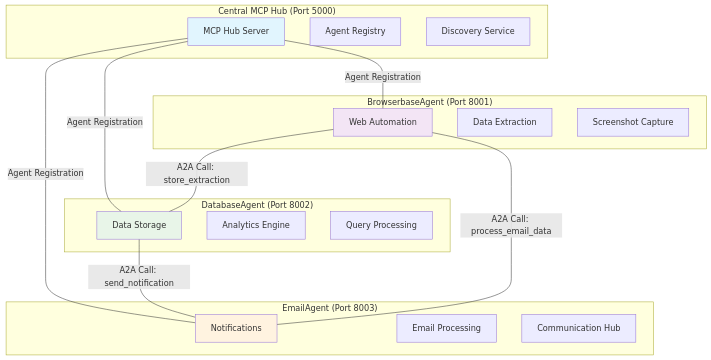
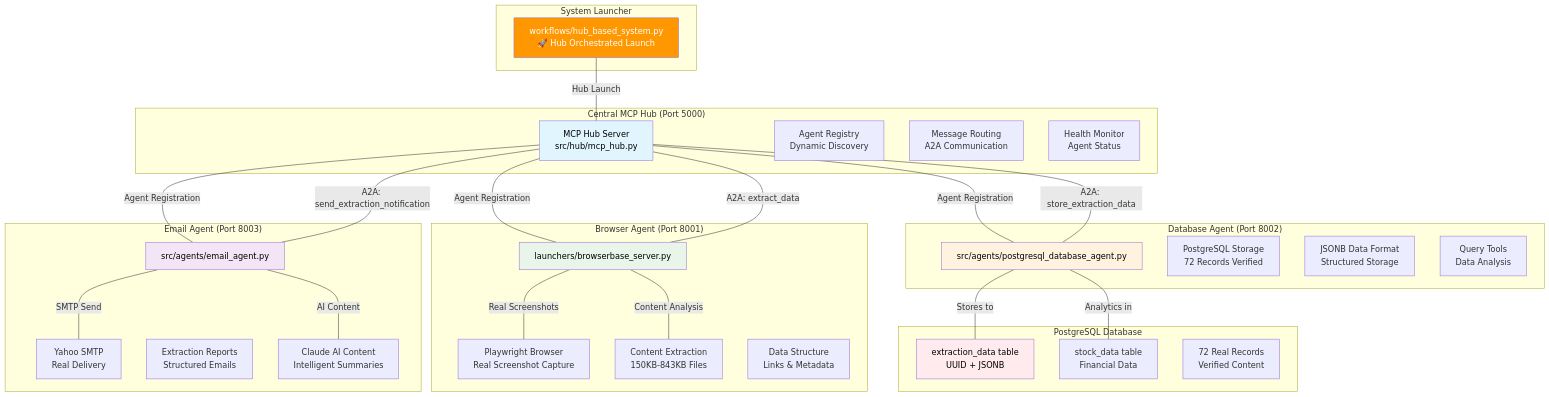
One commit to rajpraba1986/mcp-multi-agent-system changed the diagram in README.md. Above: the diagram before and after it, drawn with Mermaid. The commit also changed other lines of this file and 56 other files, not shown here.

````diff
--- a/README.md
+++ b/README.md
@@ -51,39 +85,66 @@
 ```mermaid
 graph TB
-    subgraph "Central MCP Hub (Port 5000)"
-        H[MCP Hub Server]
-        R[Agent Registry]
-        D[Discovery Service]
+    subgraph "System Launcher"
+        START[workflows/hub_based_system.py<br/>🚀 Hub Orchestrated Launch]
     end
     
-    subgraph "BrowserbaseAgent (Port 8001)"
-        B1[Web Automation]
-        B2[Data Extraction]
-        B3[Screenshot Capture]
+    subgraph "Central MCP Hub (Port 5000)"
+        H[MCP Hub Server<br/>src/hub/mcp_hub.py]
+        R[Agent Registry<br/>Dynamic Discovery]
+        D[Message Routing<br/>A2A Communication]
+        M[Health Monitor<br/>Agent Status]
     end
     
-    subgraph "DatabaseAgent (Port 8002)"
-        D1[Data Storage]
-        D2[Analytics Engine]
-        D3[Query Processing]
+    subgraph "Browser Agent (Port 8001)"
+        BR1[launchers/browserbase_server.py]
+        BR2[Playwright Browser<br/>Real Screenshot Capture]
+        BR3[Content Extraction<br/>150KB-843KB Files]
+        BR4[Data Structure<br/>Links & Metadata]
     end
     
-    subgraph "EmailAgent (Port 8003)"
-        E1[Notifications]
-        E2[Email Processing]
-        E3[Communication Hub]
+    subgraph "Database Agent (Port 8002)"
+        DB1[src/agents/postgresql_database_agent.py]
+        DB2[PostgreSQL Storage<br/>72 Records Verified]
+        DB3[JSONB Data Format<br/>Structured Storage]
+        DB4[Query Tools<br/>Data Analysis]
     end
     
-    H ---|Agent Registration| B1
-    H ---|Agent Registration| D1
-    H ---|Agent Registration| E1
+    subgraph "Email Agent (Port 8003)"
+        EM1[src/agents/email_agent.py]
+        EM2[Yahoo SMTP<br/>Real Delivery]
+        EM3[Extraction Reports<br/>Structured Emails]
+        EM4[Claude AI Content<br/>Intelligent Summaries]
+    end
     
-    B1 ---|A2A Call: store_extraction| D1
-    D1 ---|A2A Call: send_notification| E1
-    B1 ---|A2A Call: process_email_data| E1
+    subgraph "PostgreSQL Database"
+        PG1[extraction_data table<br/>UUID + JSONB]
+        PG2[stock_data table<br/>Financial Data]
+        PG3[72 Real Records<br/>Verified Content]
+    end
     
-    style H fill:#e1f5fe
-    style B1 fill:#f3e5f5
-    style D1 fill:#e8f5e8
-    style E1 fill:#fff3e0
+    START ---|Hub Launch| H
+    
+    H ---|Agent Registration| BR1
+    H ---|Agent Registration| DB1  
+    H ---|Agent Registration| EM1
+    
+    H ---|A2A: extract_data| BR1
+    H ---|A2A: store_extraction_data| DB1
+    H ---|A2A: send_extraction_notification| EM1
+    
+    BR1 ---|Real Screenshots| BR2
+    BR1 ---|Content Analysis| BR3
+    
+    DB1 ---|Stores to| PG1
+    DB1 ---|Analytics in| PG2
+    
+    EM1 ---|SMTP Send| EM2
+    EM1 ---|AI Content| EM4
+    
+    style START fill:#ff9800,color:#fff
+    style H fill:#e1f5fe,color:#000
+    style BR1 fill:#e8f5e8,color:#000
+    style DB1 fill:#fff3e0,color:#000
+    style EM1 fill:#f3e5f5,color:#000
+    style PG1 fill:#ffebee,color:#000
 ```
````
